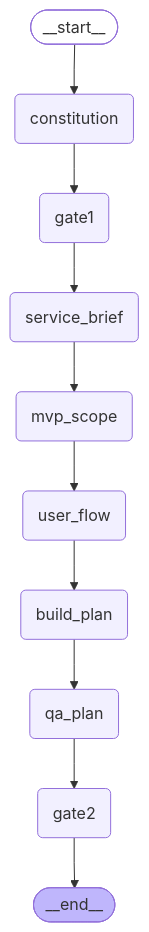
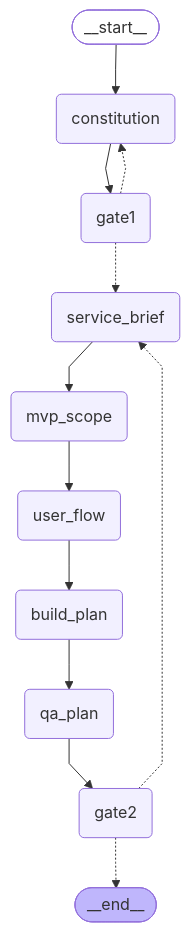
Before and after one commit to kha4720/edu_ai_team-sesac: the diagram in docs/flow.md, drawn with Mermaid. The commit also changed other lines of this file, not shown here.

Commit message:
update: 머메이드 업데이트

````diff
--- a/docs/flow.md
+++ b/docs/flow.md
@@ -13,30 +13,32 @@
 ```mermaid
 ---
 config:
   flowchart:
     curve: linear
 ---
 graph TD;
-	__start__([<p>__start__</p>]):::first
-	constitution(constitution)
-	gate1(gate1)
-	service_brief(service_brief)
-	mvp_scope(mvp_scope)
-	user_flow(user_flow)
-	build_plan(build_plan)
-	qa_plan(qa_plan)
-	gate2(gate2)
-	__end__([<p>__end__</p>]):::last
-	__start__ --> constitution;
-	constitution --> gate1;
-	gate1 --> service_brief;
-	service_brief --> mvp_scope;
-	mvp_scope --> user_flow;
-	user_flow --> build_plan;
-	build_plan --> qa_plan;
-	qa_plan --> gate2;
-	gate2 --> __end__;
-	classDef default fill:#f2f0ff,line-height:1.2
-	classDef first fill-opacity:0
-	classDef last fill:#bfb6fc
+    __start__([<p>__start__</p>]):::first
+    constitution(constitution)
+    gate1(gate1)
+    service_brief(service_brief)
+    mvp_scope(mvp_scope)
+    user_flow(user_flow)
+    build_plan(build_plan)
+    qa_plan(qa_plan)
+    gate2(gate2)
+    __end__([<p>__end__</p>]):::last
+    __start__ --> constitution;
+    build_plan --> qa_plan;
+    constitution --> gate1;
+    gate1 -.-> constitution;
+    gate1 -.-> service_brief;
+    gate2 -.-> __end__;
+    gate2 -.-> service_brief;
+    mvp_scope --> user_flow;
+    qa_plan --> gate2;
+    service_brief --> mvp_scope;
+    user_flow --> build_plan;
+    classDef default fill:#f2f0ff,line-height:1.2
+    classDef first fill-opacity:0
+    classDef last fill:#bfb6fc
 ```
````
